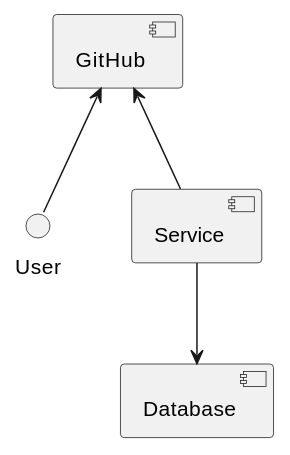
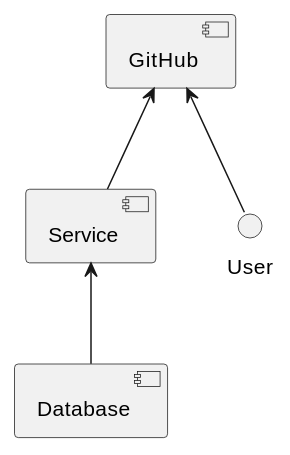
One commit to yegor256/blog changed the second of 2 diagrams in _posts/2015/nov/2015-11-03-chatbot-better-than-ui-for-microservice.md. Above: the diagram before and after it, drawn with PlantUML.

Commit message:
diagram fix

```diff
--- a/_posts/2015/nov/2015-11-03-chatbot-better-than-ui-for-microservice.md
+++ b/_posts/2015/nov/2015-11-03-chatbot-better-than-ui-for-microservice.md
@@ -101,6 +99,6 @@
 {% plantuml %}
 skinparam componentStyle uml2
-[GitHub] <-down- User
-[GitHub] <-down- [Service]
-[Service] -down-> [Database]
+User -up-> [GitHub]
+[Service] -up-> [GitHub]
+[Database] -up-> [Service]
 {% endplantuml %}
```
